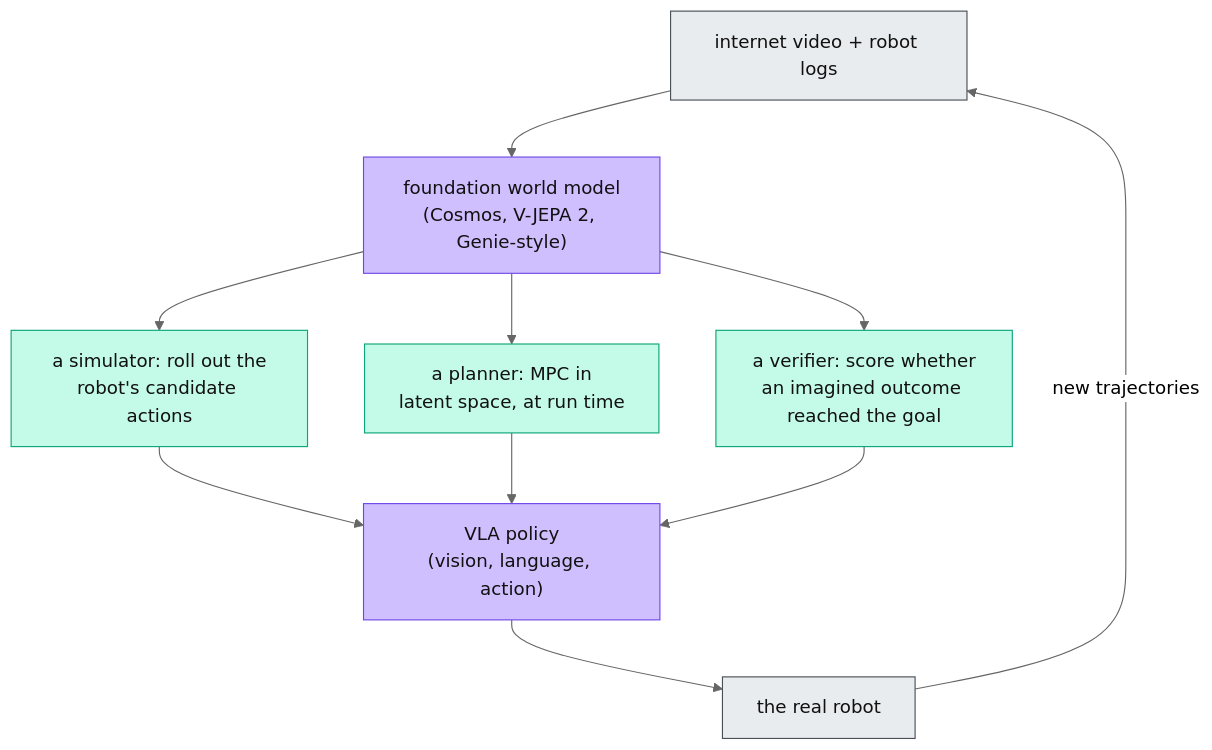
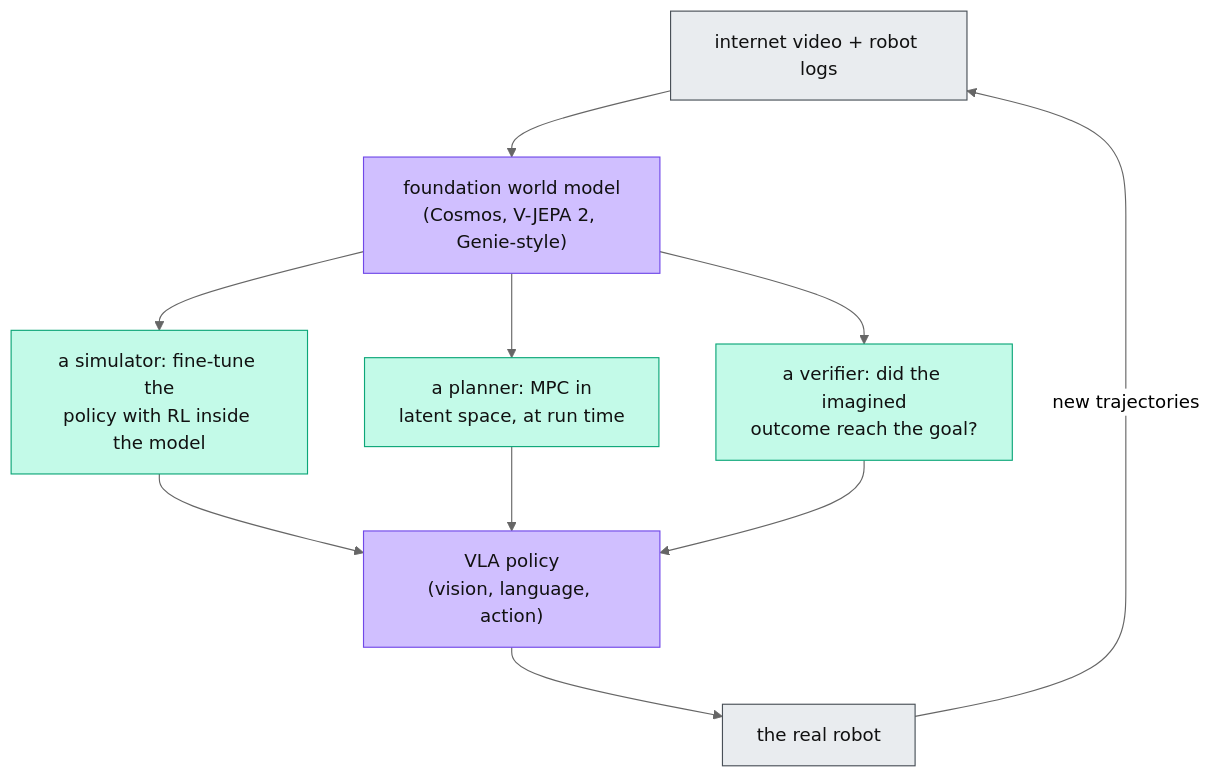
One commit to ashimsharma10/ashimsharma10.github.io changed the fifth of 5 diagrams in data/blog/world-models.mdx. Above: the diagram before and after it, drawn with Mermaid (neutral theme). The commit also changed other lines of this file and 5 other files, not shown here.

````diff
--- a/data/blog/world-models.mdx
+++ b/data/blog/world-models.mdx
@@ -257,18 +265,18 @@
 ```mermaid
 flowchart TD
-    D["internet video + robot logs"] --> W["foundation world model\n(Cosmos, V-JEPA 2, Genie-style)"]
-    W --> S["a simulator: roll out the\nrobot's candidate actions"]
-    W --> P["a planner: MPC in\nlatent space, at run time"]
-    W --> C["a verifier: score whether\nan imagined outcome reached the goal"]
-    S --> V["VLA policy\n(vision, language, action)"]
+    D["internet video + robot logs"] --> W["foundation world model<br/>(Cosmos, V-JEPA 2, Genie-style)"]
+    W --> S["a simulator: fine-tune the<br/>policy with RL inside the model"]
+    W --> P["a planner: MPC in<br/>latent space, at run time"]
+    W --> C["a verifier: did the imagined<br/>outcome reach the goal?"]
+    S --> V["VLA policy<br/>(vision, language, action)"]
     P --> V
     C --> V
     V --> R["the real robot"]
     R -->|"new trajectories"| D
     classDef data fill:#e9ecef,stroke:#495057,color:#111
     classDef model fill:#d0bfff,stroke:#7048e8,color:#111
     classDef use fill:#c3fae8,stroke:#0ca678,color:#111
     class D,R data
     class W,V model
     class S,P,C use
 ```
````
